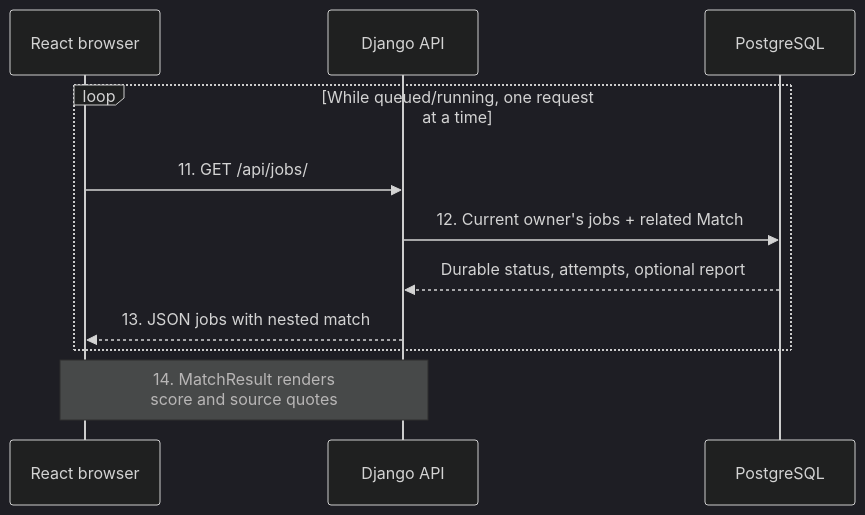
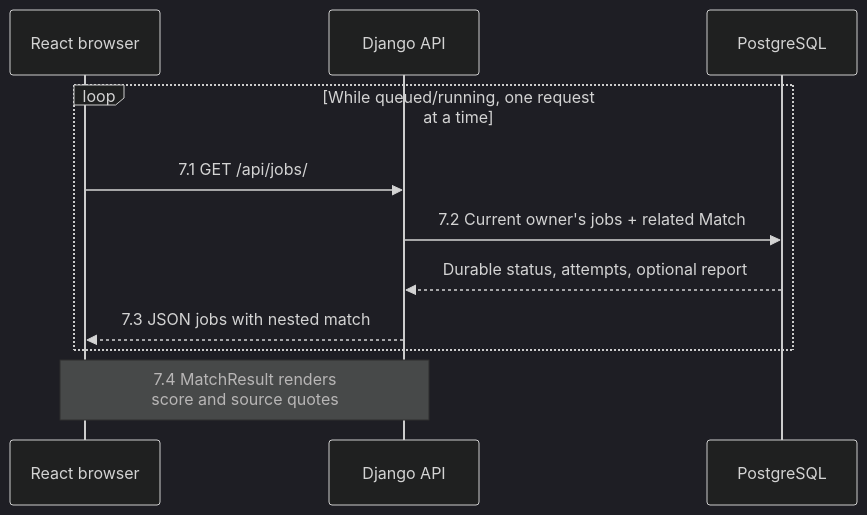
One commit to junrillg/resume-match-bedrock changed the third of 4 diagrams in docs/architecture.md. Above: the diagram before and after it, drawn with Mermaid (dark theme). The commit also changed other lines of this file and 8 other files, not shown here.

````diff
--- a/docs/architecture.md
+++ b/docs/architecture.md
@@ -74,13 +85,13 @@
 ```mermaid
 sequenceDiagram
   participant UI as React browser
   participant API as Django API
   participant DB as PostgreSQL
   loop While queued/running, one request at a time
-    UI->>API: 11. GET /api/jobs/
-    API->>DB: 12. Current owner's jobs + related Match
+    UI->>API: 7.1 GET /api/jobs/
+    API->>DB: 7.2 Current owner's jobs + related Match
     DB-->>API: Durable status, attempts, optional report
-    API-->>UI: 13. JSON jobs with nested match
+    API-->>UI: 7.3 JSON jobs with nested match
   end
-  Note over UI,API: 14. MatchResult renders<br/>score and source quotes
+  Note over UI,API: 7.4 MatchResult renders<br/>score and source quotes
 ```
````
